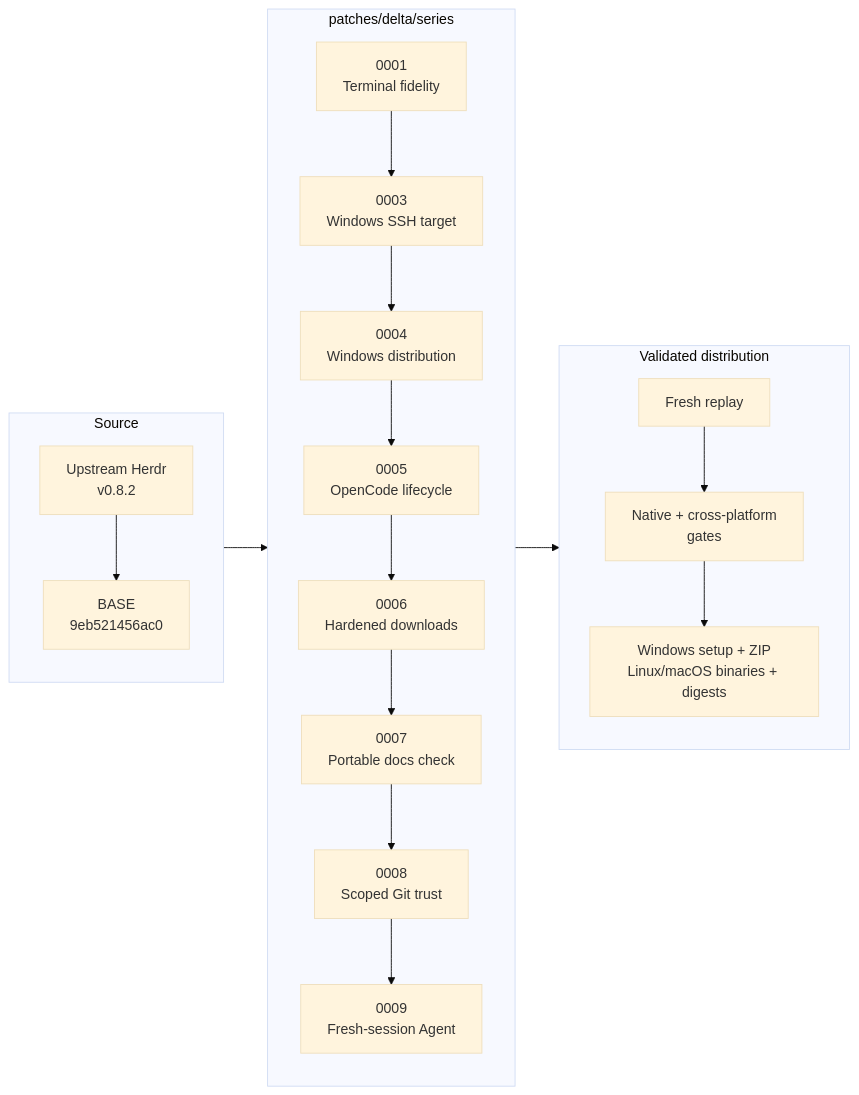
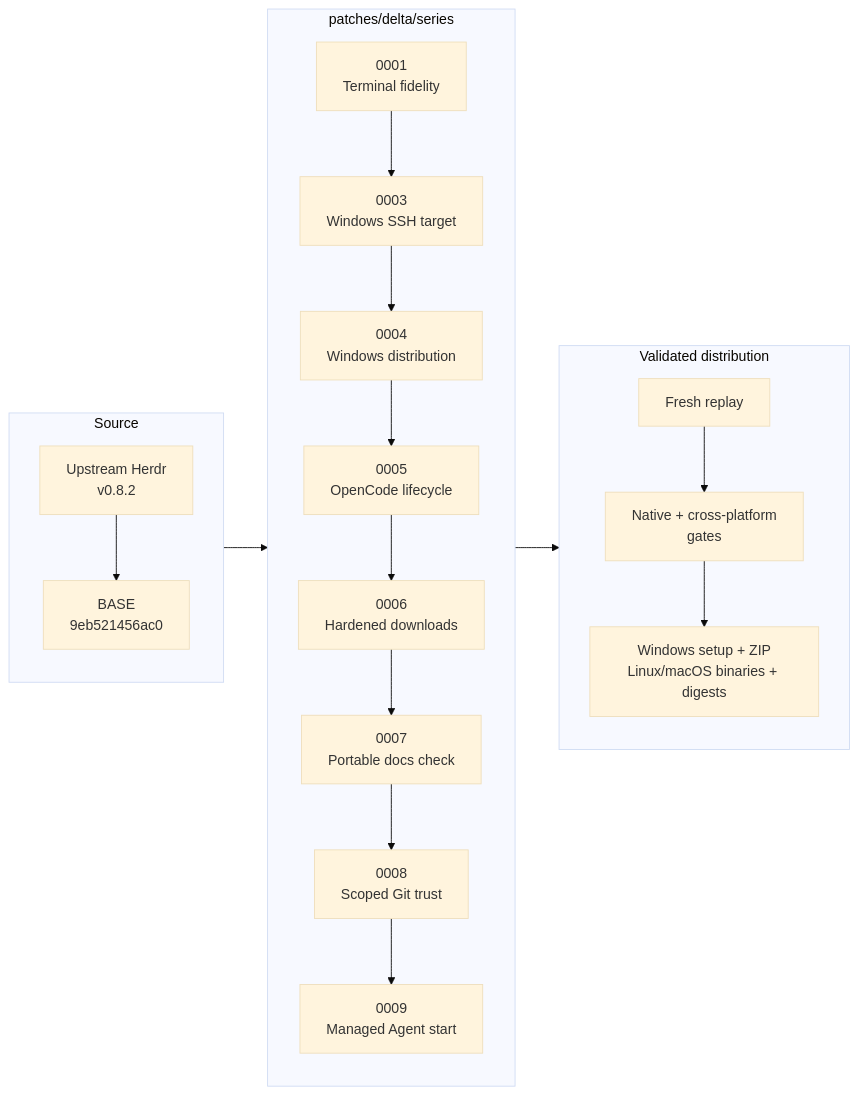
The diagram in docs/next/README.md (hdosys/herdr-win), drawn with Mermaid (base theme) before and after one commit. The commit also changed other lines of this file and 4 other files, not shown here.

First line of the commit message:
fix(session): integrate agent start readiness

````diff
--- a/docs/next/README.md
+++ b/docs/next/README.md
@@ -62,27 +62,27 @@
 ```mermaid
 flowchart LR
     subgraph S["Source"]
         direction TB
         U["Upstream Herdr<br/>v0.8.2"] --> B["BASE<br/>9eb521456ac0"]
     end
 
     subgraph Q["patches/delta/series"]
         direction TB
         P1["0001<br/>Terminal fidelity"] --> P3["0003<br/>Windows SSH target"]
         P3 --> P4["0004<br/>Windows distribution"]
         P4 --> P5["0005<br/>OpenCode lifecycle"]
         P5 --> P6["0006<br/>Hardened downloads"]
         P6 --> P7["0007<br/>Portable docs check"]
         P7 --> P8["0008<br/>Scoped Git trust"]
-        P8 --> P9["0009<br/>Fresh-session Agent"]
+        P8 --> P9["0009<br/>Managed Agent start"]
     end
 
     subgraph V["Validated distribution"]
         direction TB
         R["Fresh replay"] --> G["Native + cross-platform<br/>gates"]
         G --> A["Windows setup + ZIP<br/>Linux/macOS binaries + digests"]
     end
 
     B --> P1
     P9 --> R
 ```
````
